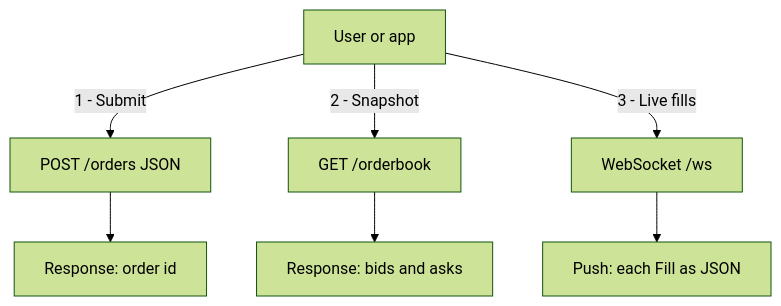
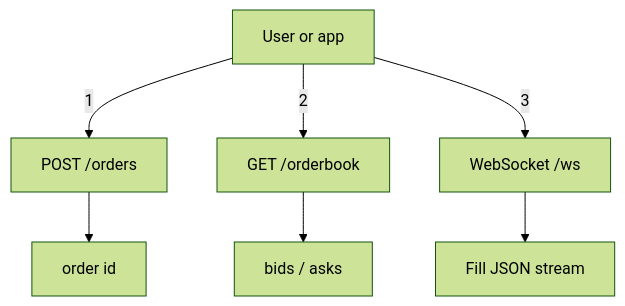
The second of 2 diagrams in README.md (priyanshu07222/prediction-matcher), drawn with Mermaid (forest theme) before and after one commit. The commit also changed other lines of this file, not shown here.

First line of the commit message:
docs: trim README redundant prose, keep diagrams and essentials

````diff
--- a/README.md
+++ b/README.md
@@ -49,10 +38,10 @@
 ```mermaid
 flowchart TD
   U[User or app]
-  U -->|1 - Submit| PO["POST /orders JSON"]
-  U -->|2 - Snapshot| GO[GET /orderbook]
-  U -->|3 - Live fills| WS[WebSocket /ws]
-  PO --> ID[Response: order id]
-  GO --> BK[Response: bids and asks]
-  WS --> FL[Push: each Fill as JSON]
+  U -->|1| PO["POST /orders"]
+  U -->|2| GO[GET /orderbook]
+  U -->|3| WS[WebSocket /ws]
+  PO --> ID[order id]
+  GO --> BK[bids / asks]
+  WS --> FL[Fill JSON stream]
 ```
````
